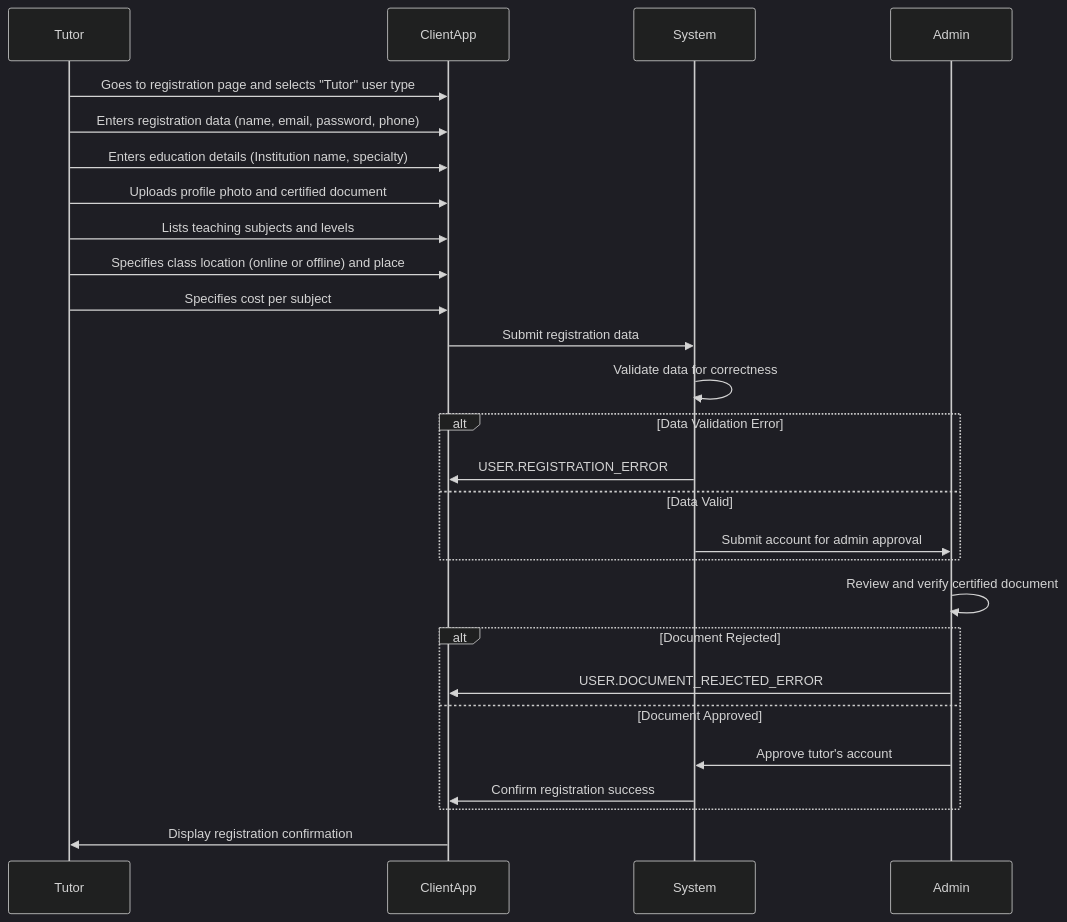
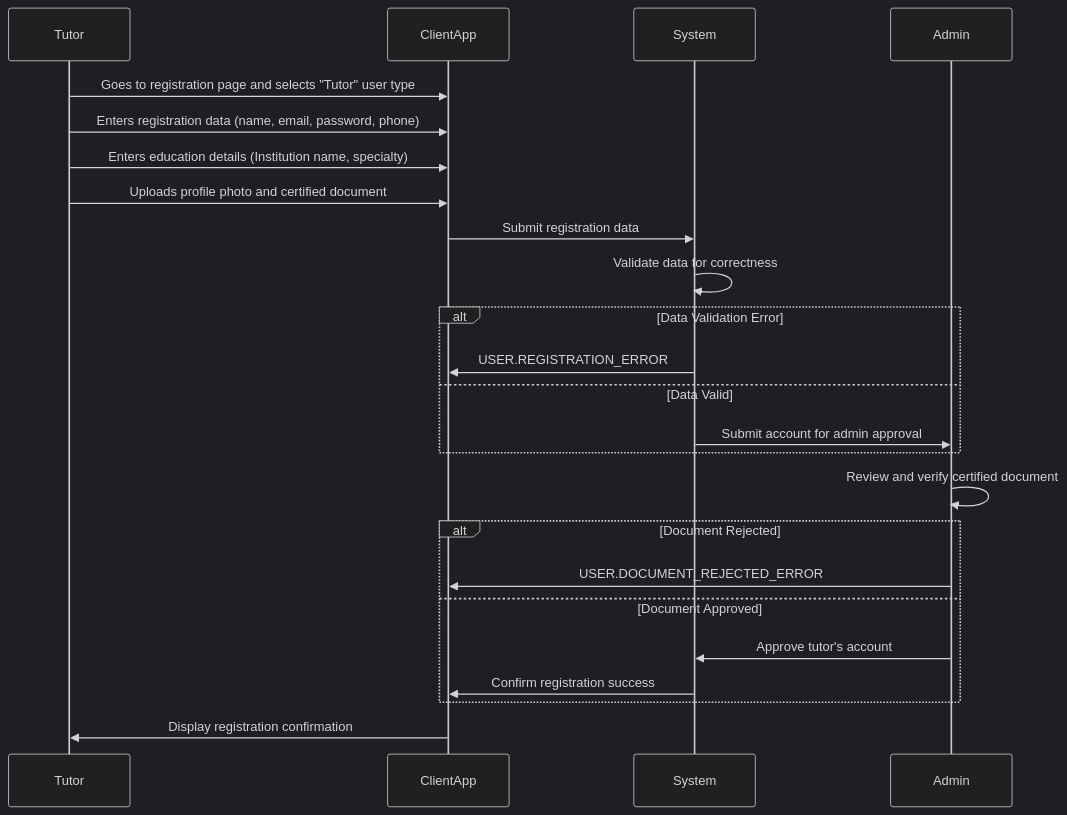
Before and after one commit to StrivingToAdoniss/PEER-tutoring-platform: the third of 5 diagrams in docs/README.md, drawn with Mermaid (dark theme). The commit also changed other lines of this file, not shown here.

Commit message:
docs: update sequence diagrams

````diff
--- a/docs/README.md
+++ b/docs/README.md
@@ -66,32 +47,29 @@
 ```mermaid
 sequenceDiagram
     participant Tutor
     participant ClientApp
     participant System
     participant Admin
 
     Tutor->>ClientApp: Goes to registration page and selects "Tutor" user type
     Tutor->>ClientApp: Enters registration data (name, email, password, phone)
     Tutor->>ClientApp: Enters education details (Institution name, specialty)
     Tutor->>ClientApp: Uploads profile photo and certified document
-    Tutor->>ClientApp: Lists teaching subjects and levels
-    Tutor->>ClientApp: Specifies class location (online or offline) and place
-    Tutor->>ClientApp: Specifies cost per subject
 
     ClientApp->>System: Submit registration data
     System->>System: Validate data for correctness
     alt Data Validation Error
         System->>ClientApp: USER.REGISTRATION_ERROR
     else Data Valid
         System->>Admin: Submit account for admin approval
     end
 
     Admin->>Admin: Review and verify certified document
     alt Document Rejected
         Admin->>ClientApp: USER.DOCUMENT_REJECTED_ERROR
     else Document Approved
         Admin->>System: Approve tutor's account
         System->>ClientApp: Confirm registration success
     end
     ClientApp->>Tutor: Display registration confirmation
 ```
````
